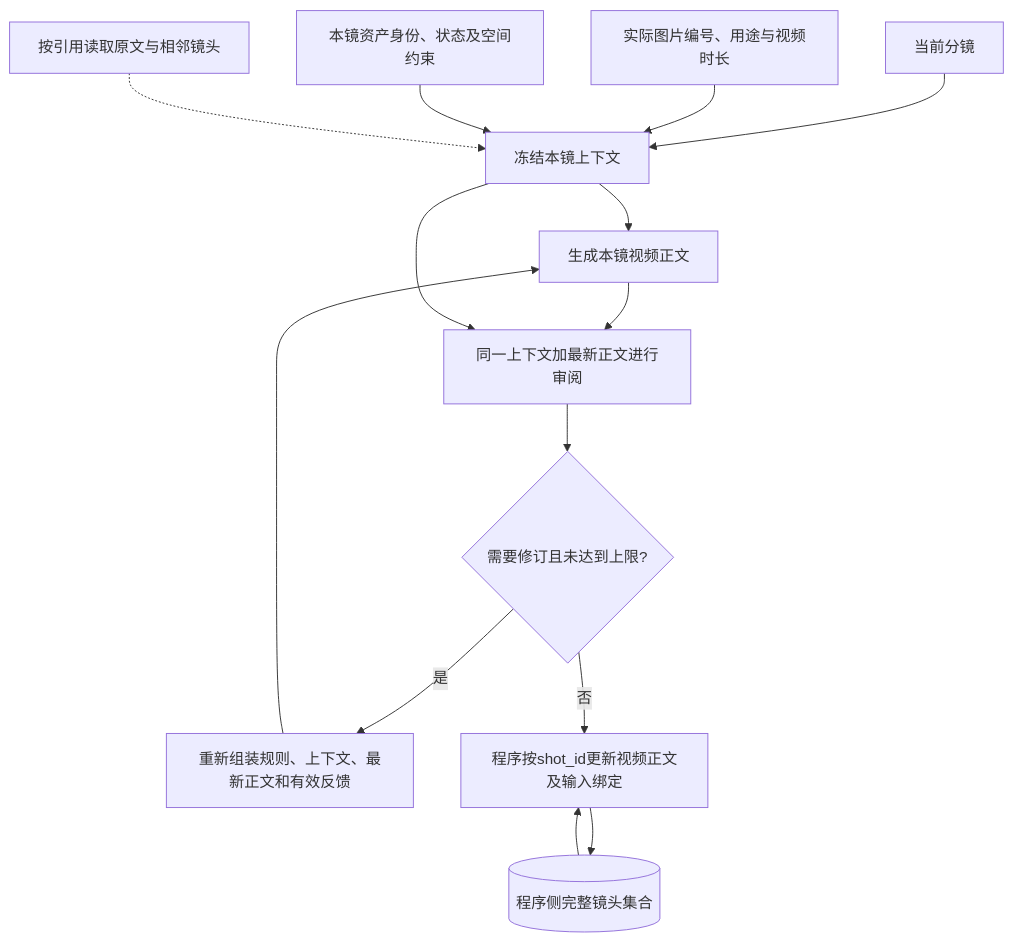
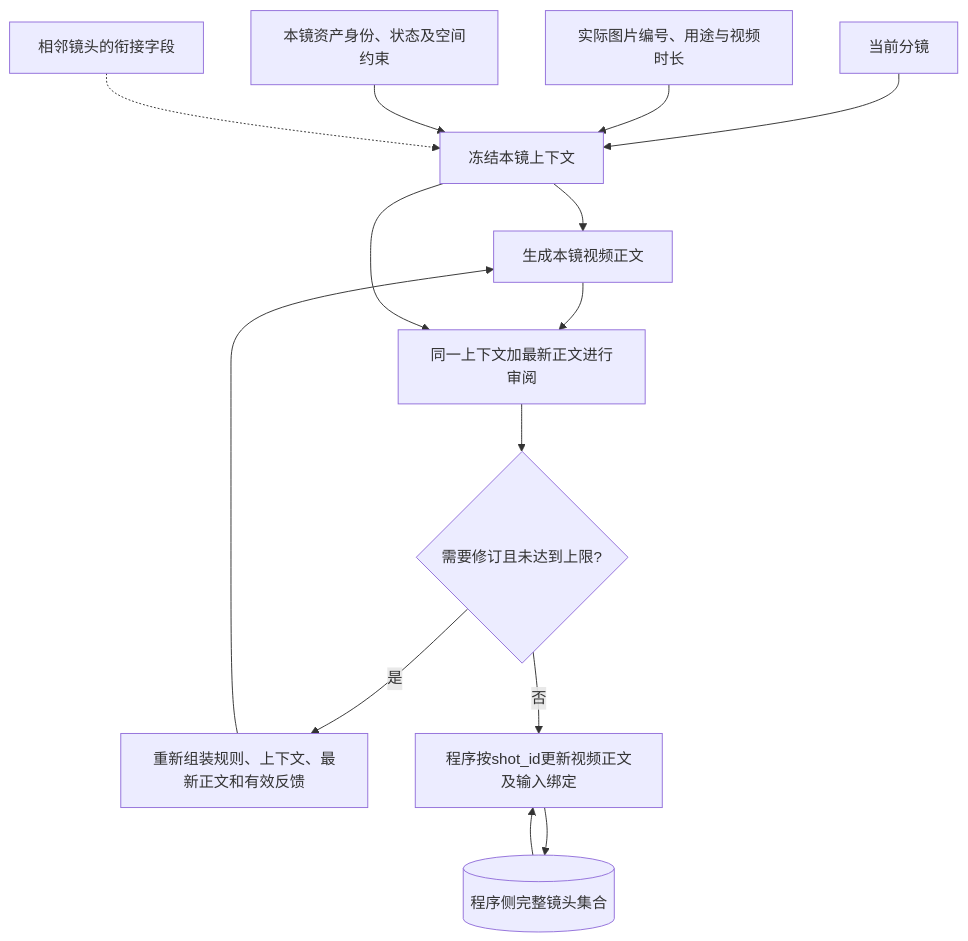
The diagram in docs/short_video/video_prompt_context.md (thisHobart/NovelWriter), drawn with Mermaid before and after one commit. The commit also changed other lines of this file and 9 other files, not shown here.

````diff
--- a/docs/short_video/video_prompt_context.md
+++ b/docs/short_video/video_prompt_context.md
@@ -9,16 +9,16 @@
 ```mermaid
 flowchart TD
     S[当前分镜] --> C[冻结本镜上下文]
     I[实际图片编号、用途与视频时长] --> C
     A[本镜资产身份、状态及空间约束] --> C
-    E[按引用读取原文与相邻镜头] -.-> C
+    E[相邻镜头的衔接字段] -.-> C
     C --> G[生成本镜视频正文]
     G --> R[同一上下文加最新正文进行审阅]
     C --> R
     R --> D{需要修订且未达到上限?}
     D -->|是| V[重新组装规则、上下文、最新正文和有效反馈]
     V --> G
     D -->|否| M[程序按shot_id更新视频正文及输入绑定]
     F[(程序侧完整镜头集合)] --> M
     M --> F
 ```
````
